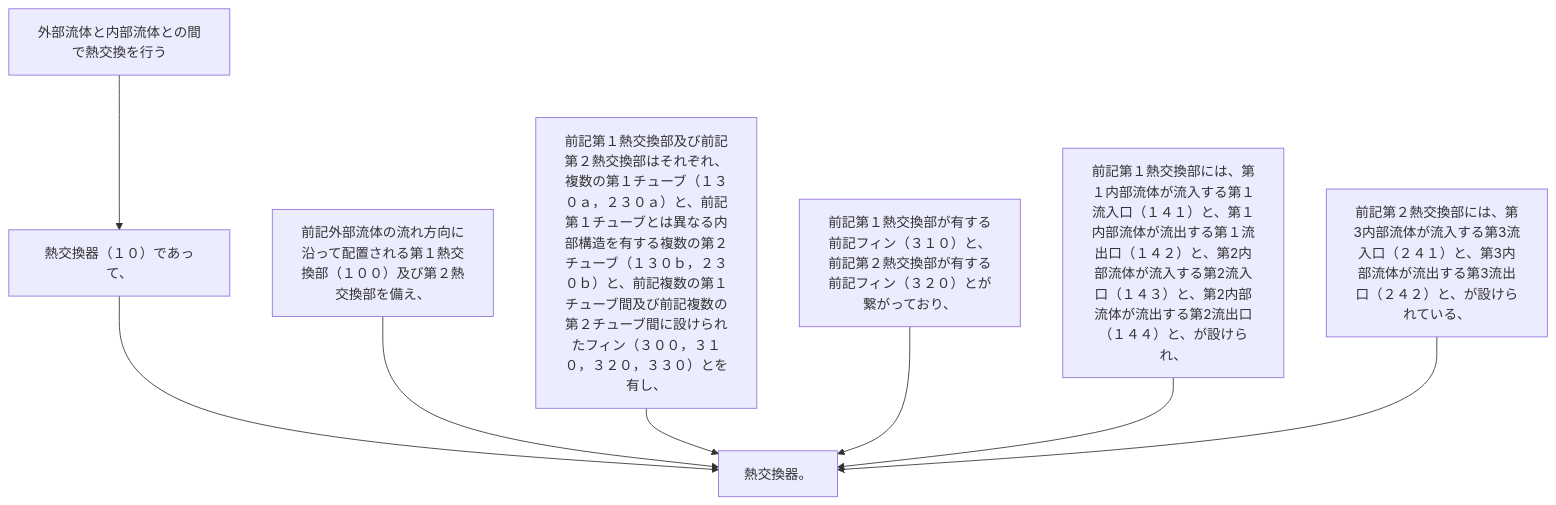
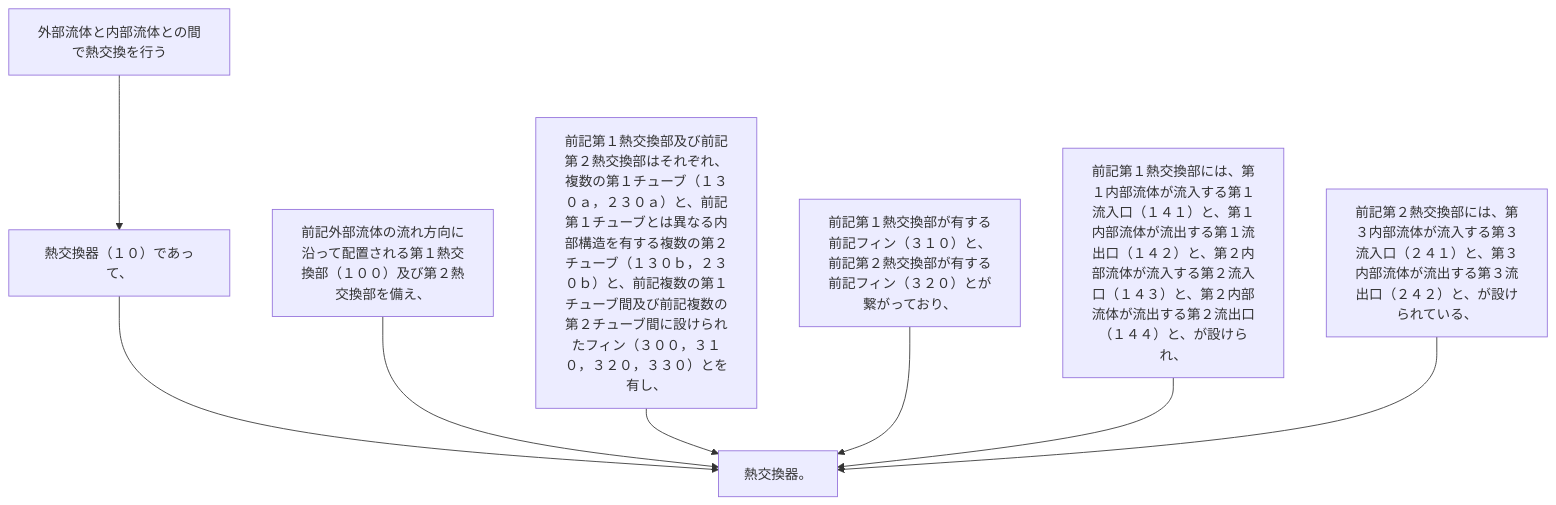
One commit to shinmori55/patent_analyzed changed the diagram in 2024/JP2024007944A/claim_2/claim_2_graph.md. Above: the diagram before and after it, drawn with Mermaid. The commit also changed 3332 other files, not shown here.

````diff
--- a/2024/JP2024007944A/claim_2/claim_2_graph.md
+++ b/2024/JP2024007944A/claim_2/claim_2_graph.md
@@ -1,18 +1,18 @@
 ```mermaid
 flowchart TD
 A[外部流体と内部流体との間で熱交換を行う]
 B[熱交換器（１０）であって、]
 C[前記外部流体の流れ方向に沿って配置される第１熱交換部（１００）及び第２熱交換部を備え、]
 D[前記第１熱交換部及び前記第２熱交換部はそれぞれ、複数の第１チューブ（１３０ａ，２３０ａ）と、前記第１チューブとは異なる内部構造を有する複数の第２チューブ（１３０ｂ，２３０ｂ）と、前記複数の第１チューブ間及び前記複数の第２チューブ間に設けられたフィン（３００，３１０，３２０，３３０）とを有し、]
 E[前記第１熱交換部が有する前記フィン（３１０）と、前記第２熱交換部が有する前記フィン（３２０）とが繋がっており、]
-F[前記第１熱交換部には、第１内部流体が流入する第１流入口（１４１）と、第１内部流体が流出する第１流出口（１４２）と、第2内部流体が流入する第2流入口（１４３）と、第2内部流体が流出する第2流出口（１４４）と、が設けられ、]
-G[前記第２熱交換部には、第3内部流体が流入する第3流入口（２４１）と、第3内部流体が流出する第3流出口（２４２）と、が設けられている、]
+F[前記第１熱交換部には、第１内部流体が流入する第１流入口（１４１）と、第１内部流体が流出する第１流出口（１４２）と、第２内部流体が流入する第２流入口（１４３）と、第２内部流体が流出する第２流出口（１４４）と、が設けられ、]
+G[前記第２熱交換部には、第３内部流体が流入する第３流入口（２４１）と、第３内部流体が流出する第３流出口（２４２）と、が設けられている、]
 H[熱交換器。]
 A --> B
 B --> H
 C --> H
 D --> H
 E --> H
 F --> H
 G --> H
 ```
````
